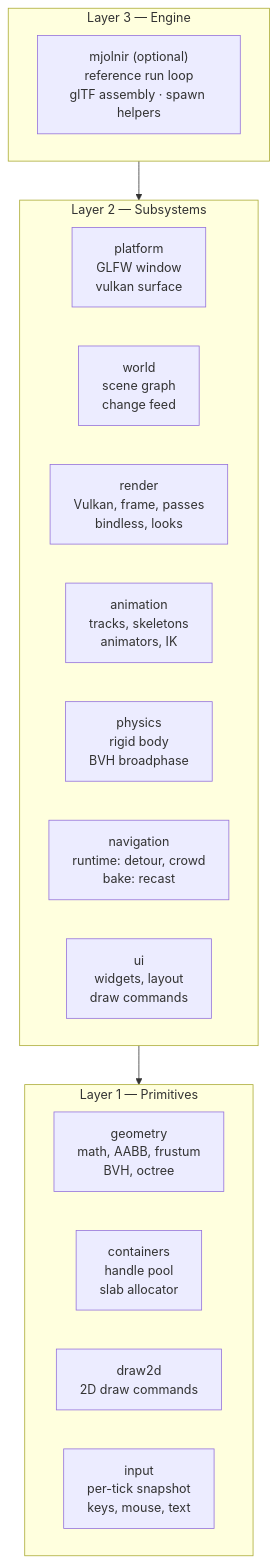
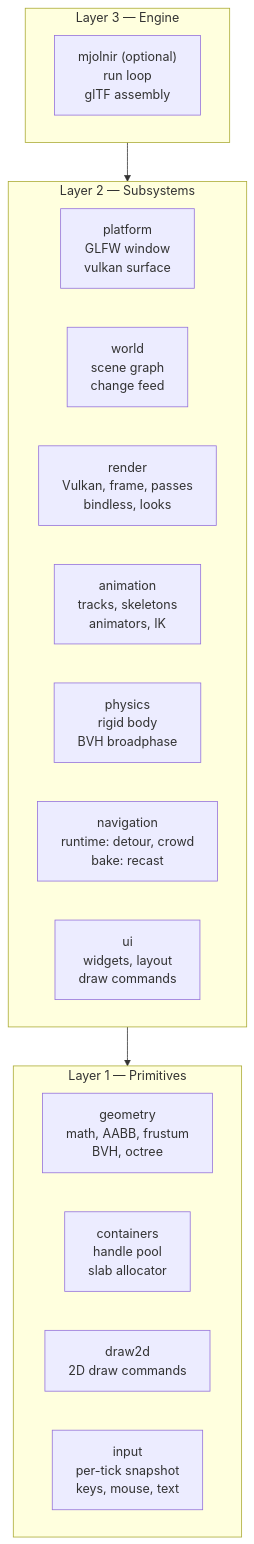
One commit to hucancode/mjolnir changed the diagram in docs/architecture.md. Above: the diagram before and after it, drawn with Mermaid. The commit also changed other lines of this file and 66 other files, not shown here.

````diff
--- a/docs/architecture.md
+++ b/docs/architecture.md
@@ -32,28 +32,28 @@
 ```mermaid
 flowchart TB
   subgraph L3["Layer 3 — Engine"]
-    engine["mjolnir (optional)<br/>reference run loop<br/>glTF assembly · spawn helpers"]
+    engine["mjolnir (optional)<br/>run loop<br/>glTF assembly"]
   end
 
   subgraph L2["Layer 2 — Subsystems"]
     direction LR
     platform["platform<br/>GLFW window<br/>vulkan surface"]
     world["world<br/>scene graph<br/>change feed"]
     render["render<br/>Vulkan, frame, passes<br/>bindless, looks"]
     animation["animation<br/>tracks, skeletons<br/>animators, IK"]
     physics["physics<br/>rigid body<br/>BVH broadphase"]
     nav["navigation<br/>runtime: detour, crowd<br/>bake: recast"]
     ui["ui<br/>widgets, layout<br/>draw commands"]
   end
 
   subgraph L1["Layer 1 — Primitives"]
     direction LR
     geometry["geometry<br/>math, AABB, frustum<br/>BVH, octree"]
     containers["containers<br/>handle pool<br/>slab allocator"]
     draw2d["draw2d<br/>2D draw commands"]
     input["input<br/>per-tick snapshot<br/>keys, mouse, text"]
   end
 
   L3 --> L2
   L2 --> L1
 ```
````
